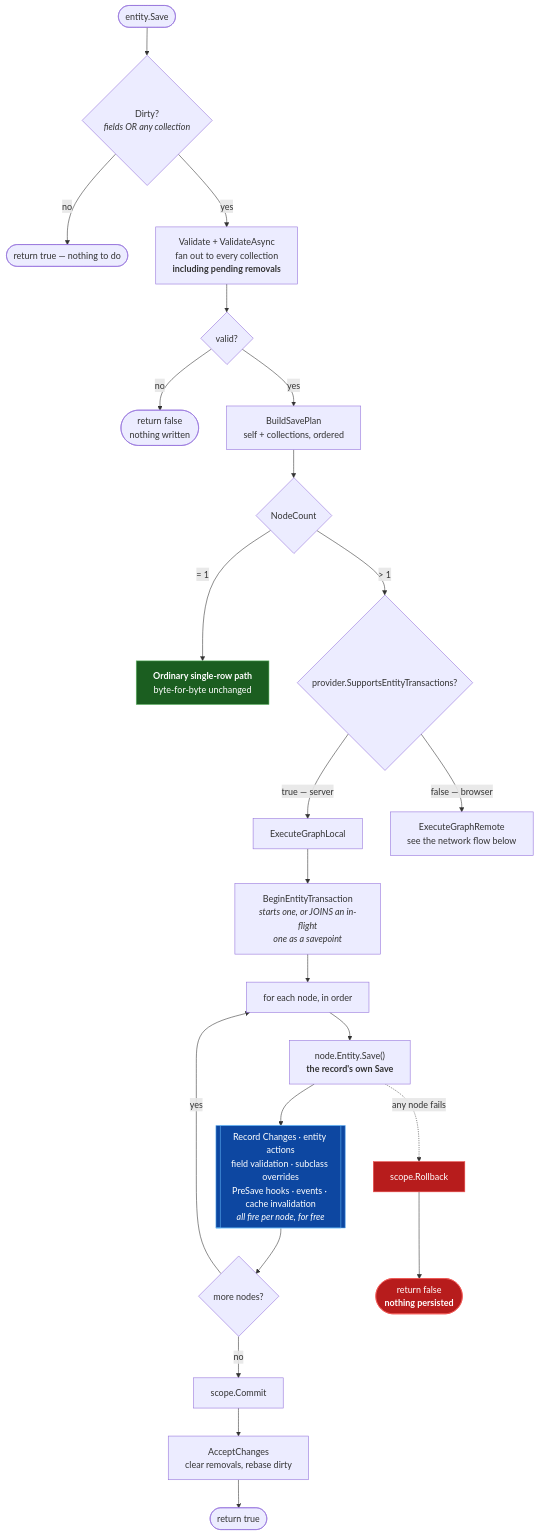
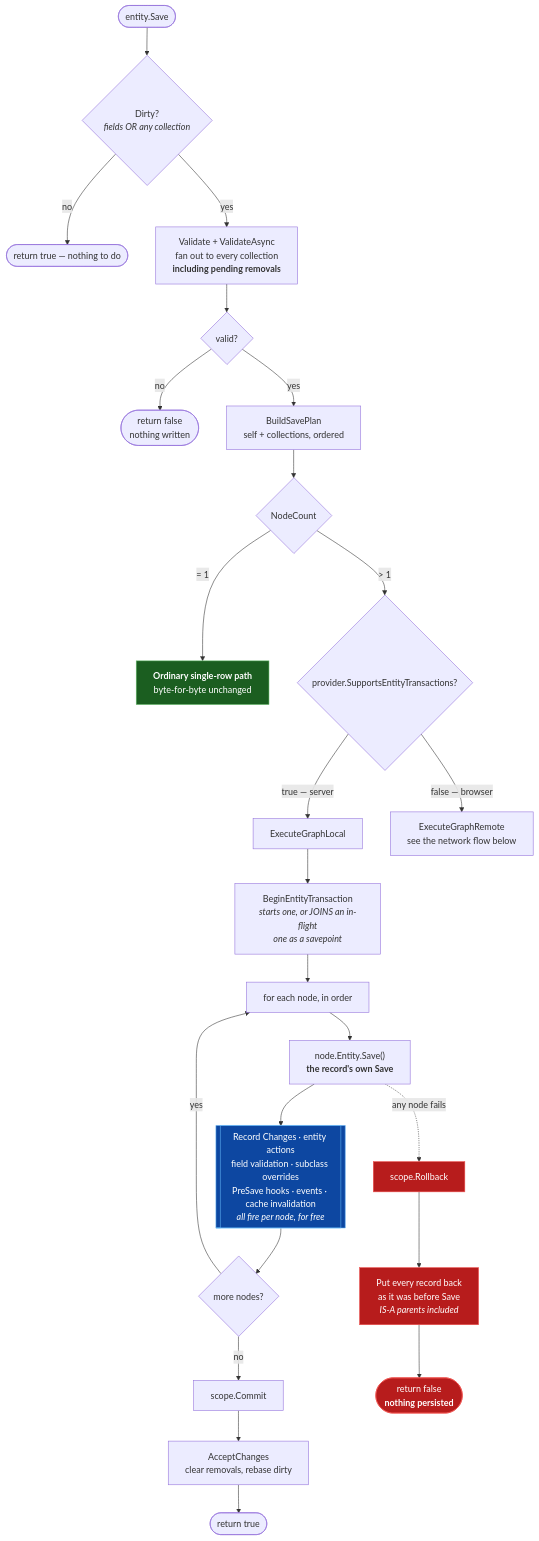
Before and after one commit to MemberJunction/MJ: the first of 3 diagrams in packages/MJCore/docs/related-record-collections.md, drawn with Mermaid. The commit also changed other lines of this file and 6 other files, not shown here.

First line of the commit message:
fix(core): a failed IS-A chain save or delete leaves the chain as it was (#4916)

````diff
--- a/packages/MJCore/docs/related-record-collections.md
+++ b/packages/MJCore/docs/related-record-collections.md
@@ -115,34 +115,36 @@
 ```mermaid
 flowchart TD
     Start([entity.Save]) --> Dirty{Dirty?<br/><i>fields OR any collection</i>}
     Dirty -->|no| Skip([return true — nothing to do])
     Dirty -->|yes| Validate[Validate + ValidateAsync<br/>fan out to every collection<br/><b>including pending removals</b>]
     Validate --> Valid{valid?}
     Valid -->|no| Fail([return false<br/>nothing written])
     Valid -->|yes| Plan[BuildSavePlan<br/>self + collections, ordered]
 
     Plan --> Count{NodeCount}
     Count -->|" = 1 "| Single[<b>Ordinary single-row path</b><br/>byte-for-byte unchanged]
     Count -->|" &gt; 1 "| Cap{provider.SupportsEntityTransactions?}
 
     Cap -->|true — server| Local[ExecuteGraphLocal]
     Cap -->|false — browser| Remote[ExecuteGraphRemote<br/>see the network flow below]
 
     Local --> Scope[BeginEntityTransaction<br/><i>starts one, or JOINS an in-flight<br/>one as a savepoint</i>]
     Scope --> Loop[for each node, in order]
     Loop --> Node["node.Entity.Save()<br/><b>the record's own Save</b>"]
     Node --> Guarantees[["Record Changes · entity actions<br/>field validation · subclass overrides<br/>PreSave hooks · events · cache invalidation<br/><i>all fire per node, for free</i>"]]
     Guarantees --> More{more nodes?}
     More -->|yes| Loop
     More -->|no| Commit[scope.Commit]
     Commit --> Accept[AcceptChanges<br/>clear removals, rebase dirty]
     Accept --> Done([return true])
 
     Node -.->|any node fails| Rollback[scope.Rollback]
-    Rollback --> Failed([return false<br/><b>nothing persisted</b>])
+    Rollback --> Restore[Put every record back<br/>as it was before Save<br/><i>IS-A parents included</i>]
+    Restore --> Failed([return false<br/><b>nothing persisted</b>])
 
     style Single fill:#1b5e20,stroke:#66bb6a,color:#fff
     style Guarantees fill:#0d47a1,stroke:#64b5f6,color:#fff
     style Rollback fill:#b71c1c,stroke:#ef5350,color:#fff
+    style Restore fill:#b71c1c,stroke:#ef5350,color:#fff
     style Failed fill:#b71c1c,stroke:#ef5350,color:#fff
 ```
````
